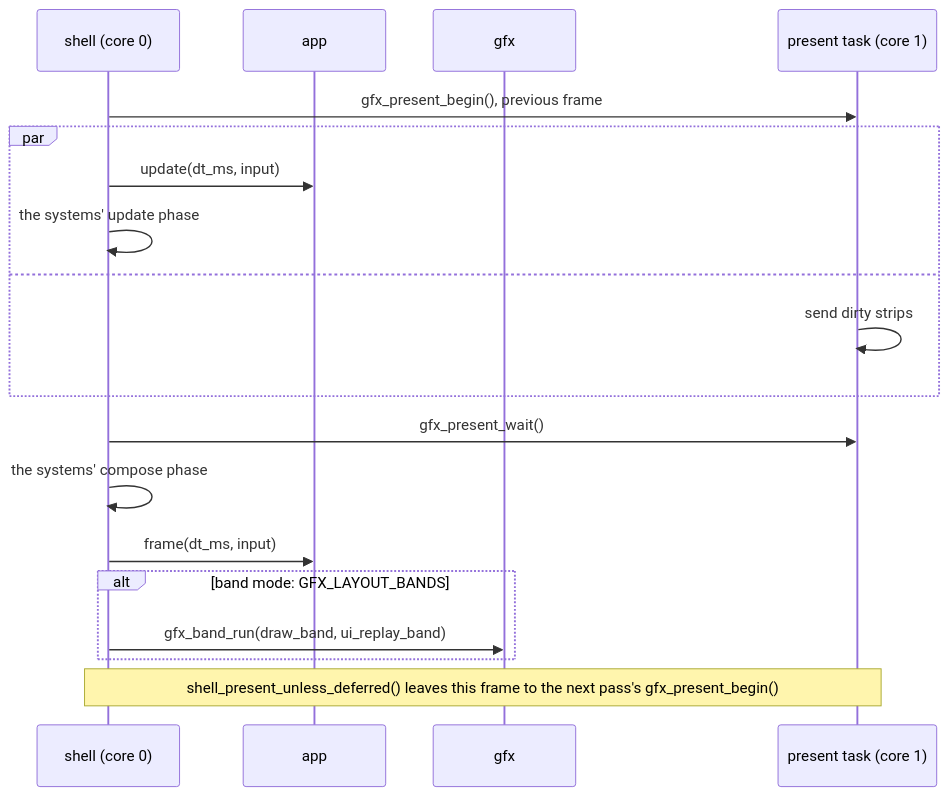
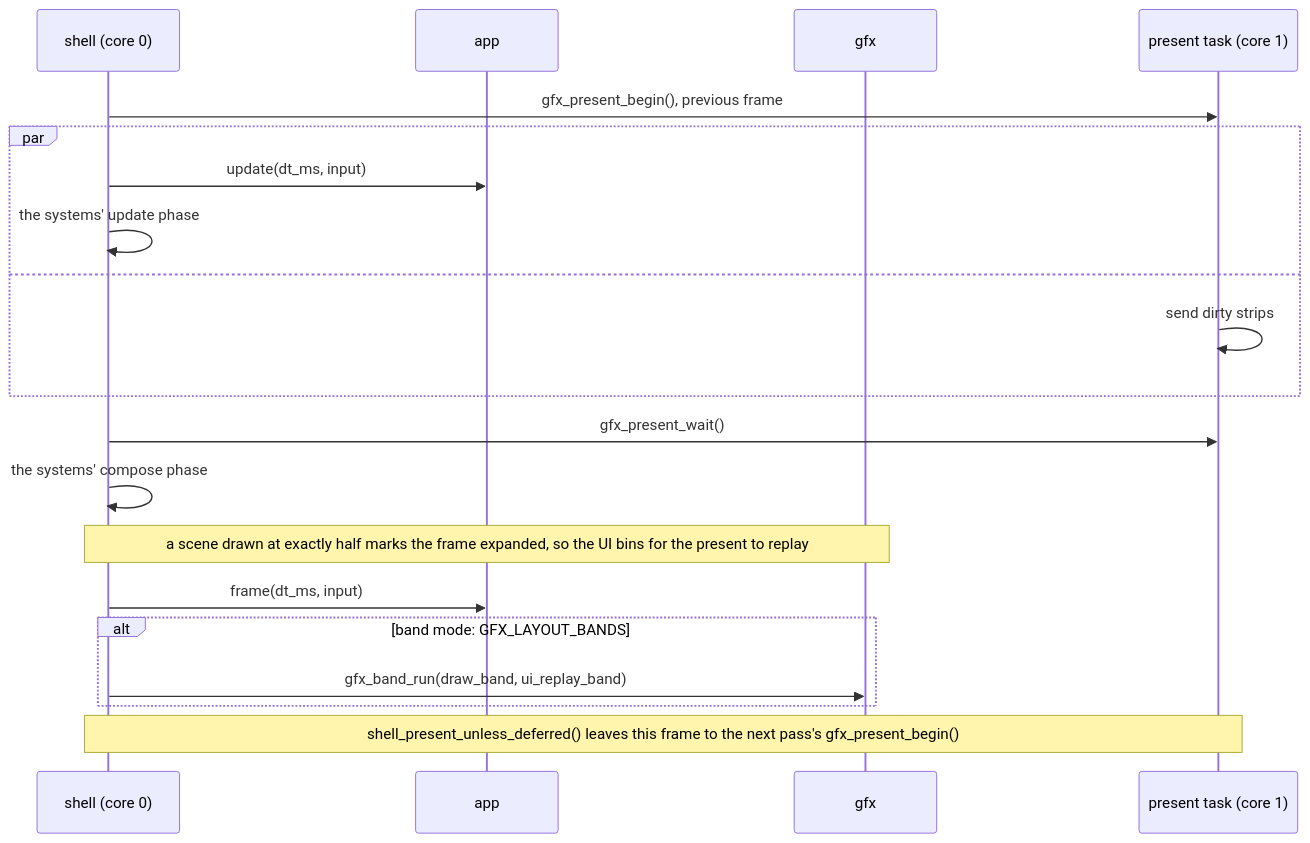
One commit to jose-villegas/autana changed the third of 3 diagrams in docs/Building-an-App.md. Above: the diagram before and after it, drawn with Mermaid. The commit also changed 3 other files, not shown here.

````diff
--- a/docs/Building-an-App.md
+++ b/docs/Building-an-App.md
@@ -167,21 +167,22 @@
 ```mermaid
 sequenceDiagram
     participant S as shell (core 0)
     participant A as app
     participant G as gfx
     participant P as present task (core 1)
     S->>P: gfx_present_begin(), previous frame
     par
         S->>A: update(dt_ms, input)
         S->>S: the systems' update phase
     and
         P->>P: send dirty strips
     end
     S->>P: gfx_present_wait()
     S->>S: the systems' compose phase
+    Note over S,G: a scene drawn at exactly half marks the frame expanded, so the UI bins for the present to replay
     S->>A: frame(dt_ms, input)
     alt band mode: GFX_LAYOUT_BANDS
         S->>G: gfx_band_run(draw_band, ui_replay_band)
     end
     Note over S,P: shell_present_unless_deferred() leaves this frame to the next pass's gfx_present_begin()
 ```
````
